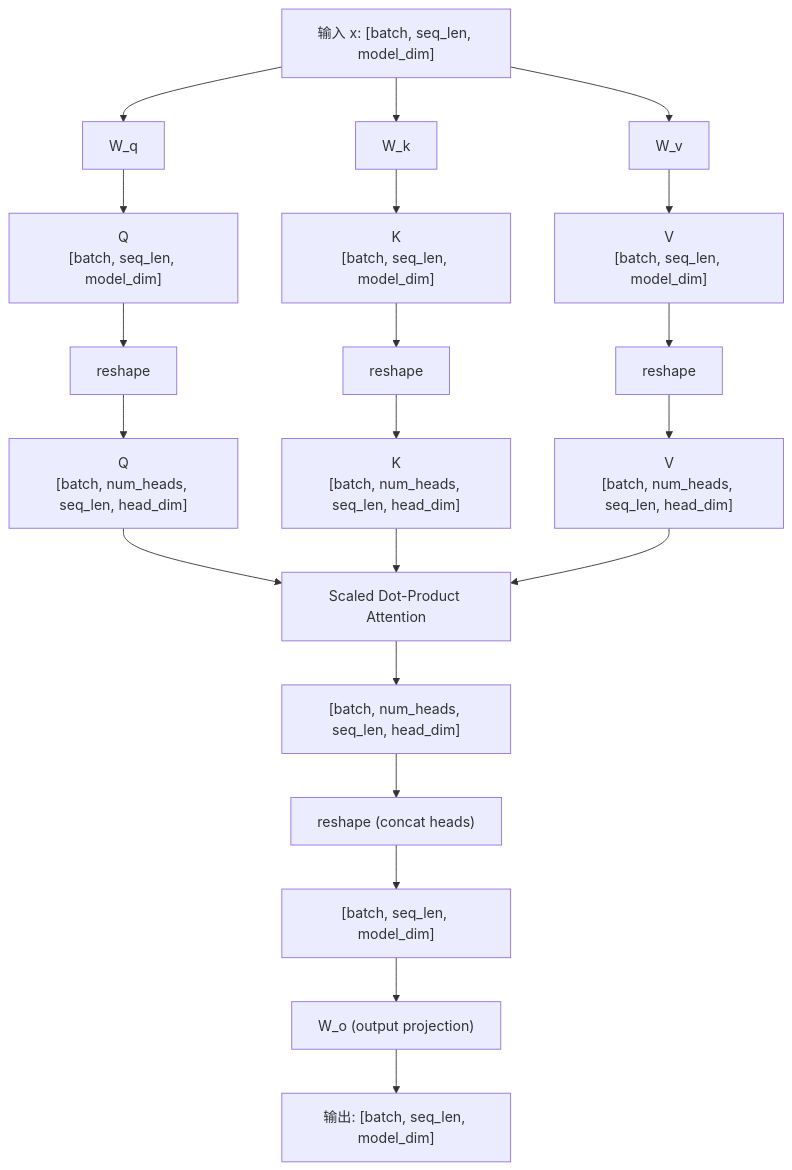
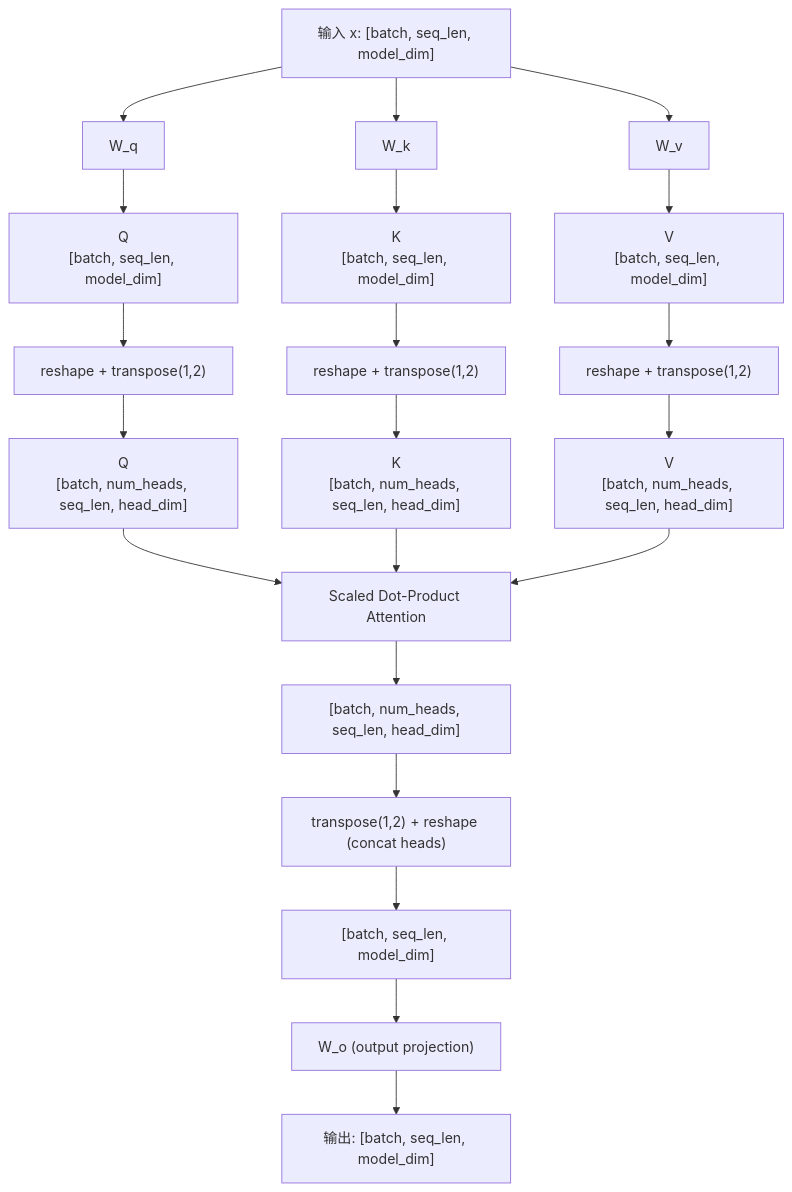
The second of 14 diagrams in README.md (lyc61c/LLM-Interview-Code), drawn with Mermaid before and after one commit. The commit also changed other lines of this file and 1 other file, not shown here.

````diff
--- a/README.md
+++ b/README.md
@@ -223,21 +158,21 @@
 ```mermaid
 flowchart TD
     X["输入 x: [batch, seq_len, model_dim]"]
     X --> WQ["W_q"]
     X --> WK["W_k"]
     X --> WV["W_v"]
     WQ --> Q0["Q<br/>[batch, seq_len, model_dim]"]
     WK --> K0["K<br/>[batch, seq_len, model_dim]"]
     WV --> V0["V<br/>[batch, seq_len, model_dim]"]
-    Q0 --> RQ["reshape"] --> Q["Q<br/>[batch, num_heads, seq_len, head_dim]"]
-    K0 --> RK["reshape"] --> K["K<br/>[batch, num_heads, seq_len, head_dim]"]
-    V0 --> RV["reshape"] --> V["V<br/>[batch, num_heads, seq_len, head_dim]"]
+    Q0 --> RQ["reshape + transpose(1,2)"] --> Q["Q<br/>[batch, num_heads, seq_len, head_dim]"]
+    K0 --> RK["reshape + transpose(1,2)"] --> K["K<br/>[batch, num_heads, seq_len, head_dim]"]
+    V0 --> RV["reshape + transpose(1,2)"] --> V["V<br/>[batch, num_heads, seq_len, head_dim]"]
     Q --> Attention["Scaled Dot-Product Attention"]
     K --> Attention
     V --> Attention
     Attention --> Context["[batch, num_heads, seq_len, head_dim]"]
-    Context --> Concat["reshape (concat heads)"]
+    Context --> Concat["transpose(1,2) + reshape (concat heads)"]
     Concat --> ConcatShape["[batch, seq_len, model_dim]"]
     ConcatShape --> WO["W_o (output projection)"]
     WO --> Output["输出: [batch, seq_len, model_dim]"]
 ```
````
